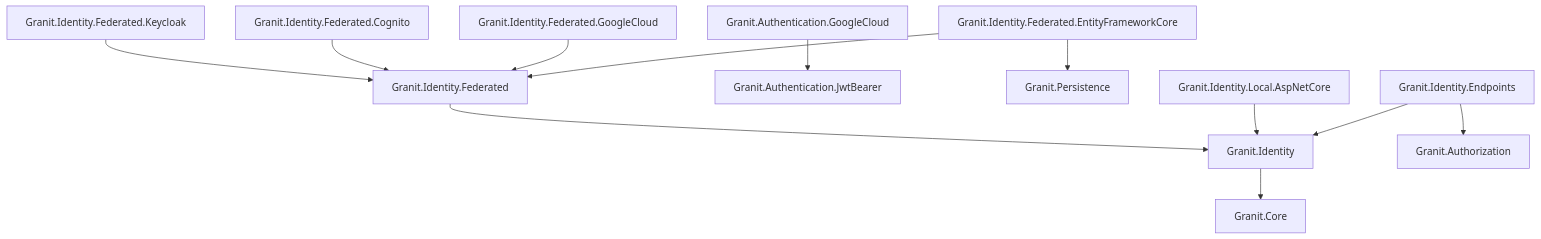
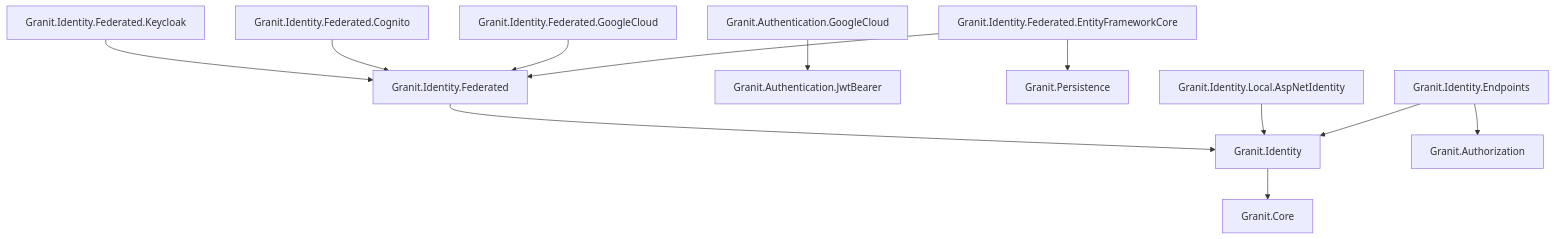
The first of 2 diagrams in docs-site/src/content/docs/dotnet/security/identity.mdx (granit-fx/granit-dotnet), drawn with Mermaid before and after one commit. The commit also changed other lines of this file and 31 other files, not shown here.

First line of the commit message:
refactor(identity): rename Granit.Identity.Local.AspNetCore → AspNetIdentity

````diff
--- a/docs-site/src/content/docs/dotnet/security/identity.mdx
+++ b/docs-site/src/content/docs/dotnet/security/identity.mdx
@@ -44,14 +44,14 @@
 ```mermaid
 graph TD
     I[Granit.Identity] --> C[Granit.Core]
     IF[Granit.Identity.Federated] --> I
     IK[Granit.Identity.Federated.Keycloak] --> IF
     IC[Granit.Identity.Federated.Cognito] --> IF
     IGC[Granit.Identity.Federated.GoogleCloud] --> IF
     AGC[Granit.Authentication.GoogleCloud] --> JB[Granit.Authentication.JwtBearer]
     IEF[Granit.Identity.Federated.EntityFrameworkCore] --> IF
     IEF --> P[Granit.Persistence]
-    ILA[Granit.Identity.Local.AspNetCore] --> I
+    ILA[Granit.Identity.Local.AspNetIdentity] --> I
     IE[Granit.Identity.Endpoints] --> I
     IE --> AZ[Granit.Authorization]
 ```
````
